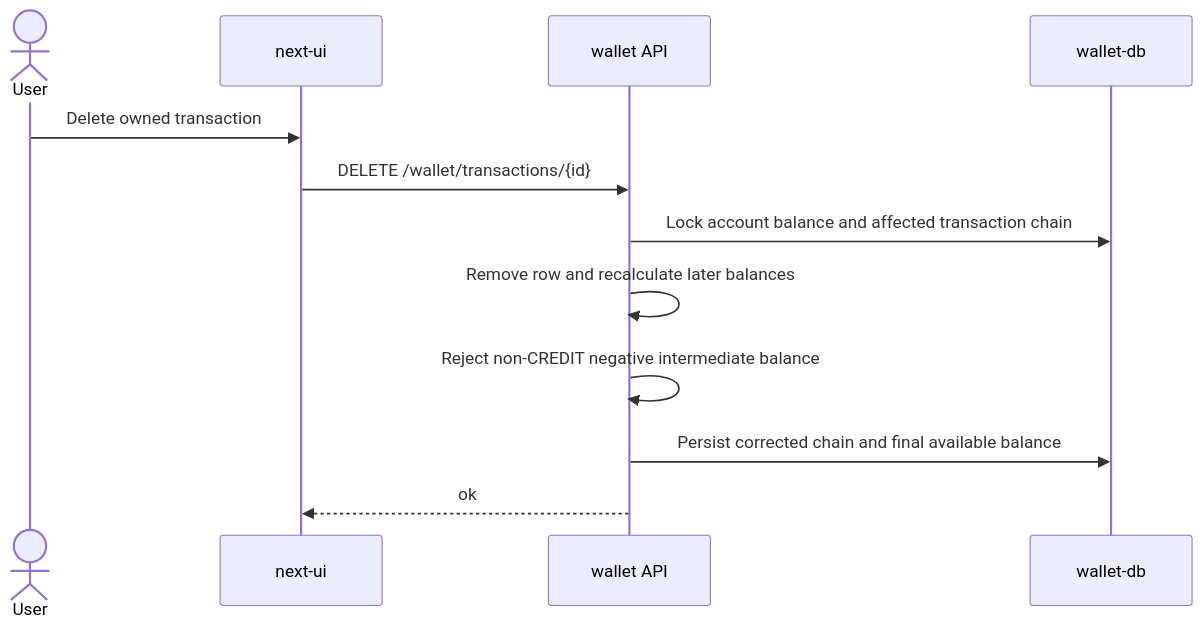
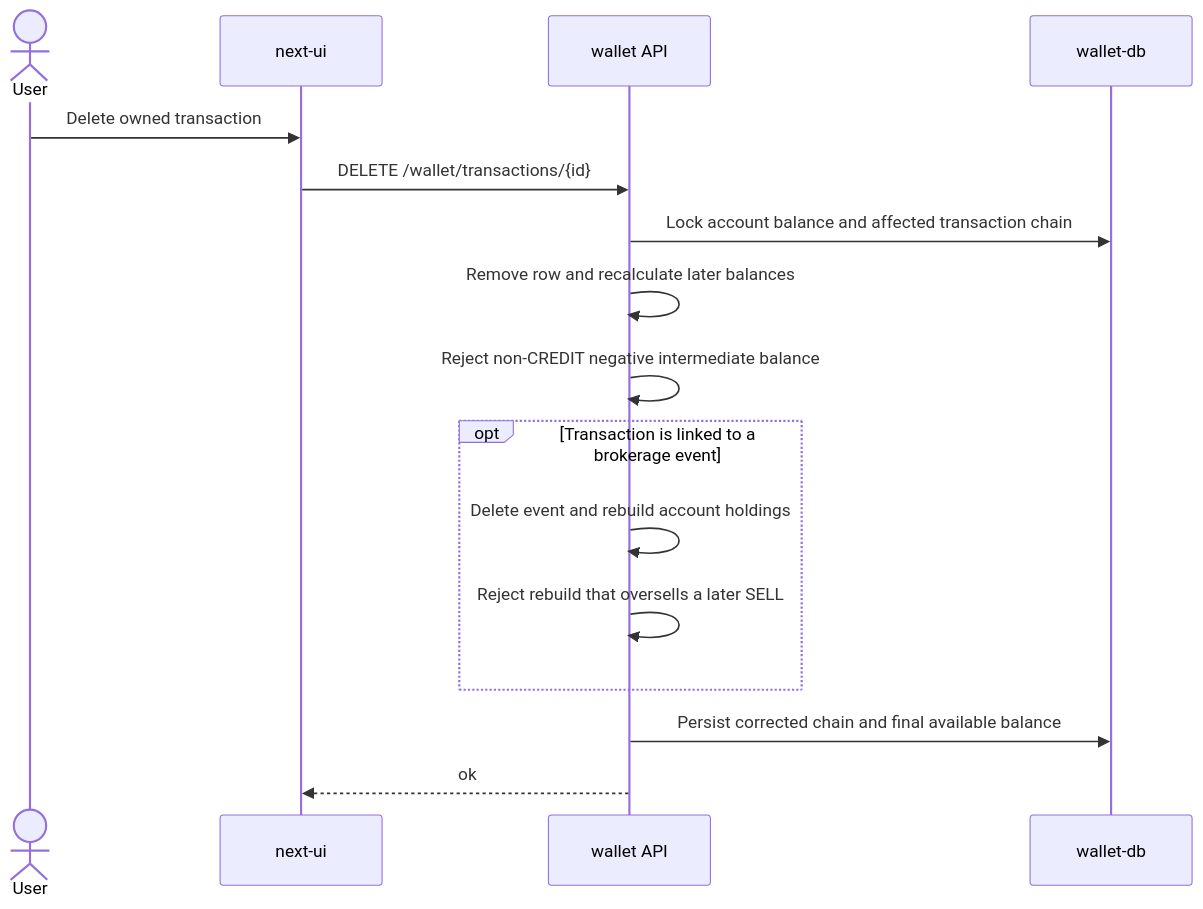
One commit to Strzelba2/FinancialManager changed the second of 3 diagrams in docs/design/wallet-transaction-lifecycle.md. Above: the diagram before and after it, drawn with Mermaid. The commit also changed other lines of this file and 59 other files, not shown here.

````diff
--- a/docs/design/wallet-transaction-lifecycle.md
+++ b/docs/design/wallet-transaction-lifecycle.md
@@ -169,15 +169,19 @@
 ```mermaid
 sequenceDiagram
     actor User
     participant Next as next-ui
     participant Wallet as wallet API
     participant Db as wallet-db
 
     User->>Next: Delete owned transaction
     Next->>Wallet: DELETE /wallet/transactions/{id}
     Wallet->>Db: Lock account balance and affected transaction chain
     Wallet->>Wallet: Remove row and recalculate later balances
     Wallet->>Wallet: Reject non-CREDIT negative intermediate balance
+    opt Transaction is linked to a brokerage event
+        Wallet->>Wallet: Delete event and rebuild account holdings
+        Wallet->>Wallet: Reject rebuild that oversells a later SELL
+    end
     Wallet->>Db: Persist corrected chain and final available balance
     Wallet-->>Next: ok
 ```
````
